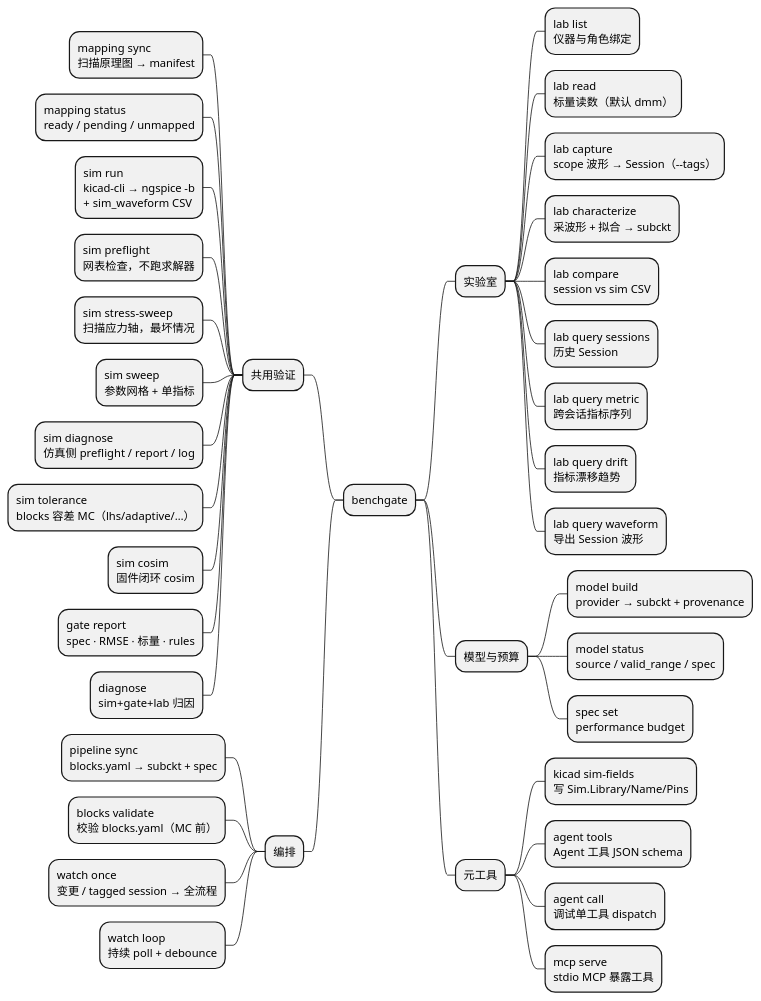
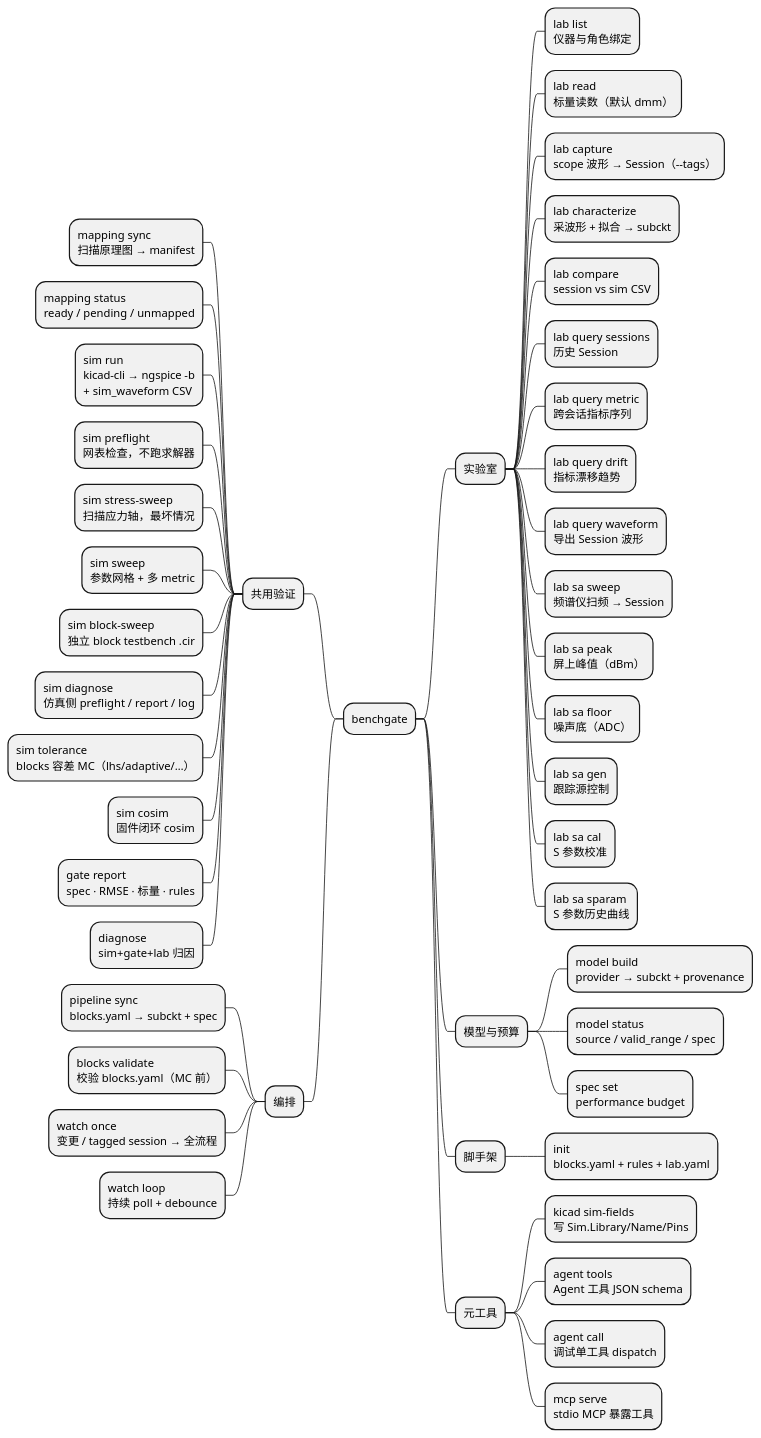
One commit to zhang1career/benchgate changed the diagram in docs/diagrams/command-tree.puml. Above: the diagram before and after it, drawn with PlantUML. The commit also changed 4 other files, not shown here.

```diff
--- a/docs/diagrams/command-tree.puml
+++ b/docs/diagrams/command-tree.puml
@@ -1,47 +1,56 @@
 @startmindmap
 ' CLI 命令树（结构索引）
 ' 逐条说明见 docs/CLI_REFERENCE.md；默认串联见 command-flow.puml
 skinparam shadowing false
 skinparam monochrome false
 
 * benchgate
 left side
 ** 共用验证
 *** mapping sync\n扫描原理图 → manifest
 *** mapping status\nready / pending / unmapped
 *** sim run\nkicad-cli → ngspice -b\n+ sim_waveform CSV
 *** sim preflight\n网表检查，不跑求解器
 *** sim stress-sweep\n扫描应力轴，最坏情况
-*** sim sweep\n参数网格 + 单指标
+*** sim sweep\n参数网格 + 多 metric
+*** sim block-sweep\n独立 block testbench .cir
 *** sim diagnose\n仿真侧 preflight / report / log
 *** sim tolerance\nblocks 容差 MC（lhs/adaptive/…）
 *** sim cosim\n固件闭环 cosim
 *** gate report\nspec · RMSE · 标量 · rules
 *** diagnose\nsim+gate+lab 归因
 ** 编排
 *** pipeline sync\nblocks.yaml → subckt + spec
 *** blocks validate\n校验 blocks.yaml（MC 前）
 *** watch once\n变更 / tagged session → 全流程
 *** watch loop\n持续 poll + debounce
 right side
 ** 实验室
 *** lab list\n仪器与角色绑定
 *** lab read\n标量读数（默认 dmm）
 *** lab capture\nscope 波形 → Session（--tags）
 *** lab characterize\n采波形 + 拟合 → subckt
 *** lab compare\nsession vs sim CSV
 *** lab query sessions\n历史 Session
 *** lab query metric\n跨会话指标序列
 *** lab query drift\n指标漂移趋势
 *** lab query waveform\n导出 Session 波形
+*** lab sa sweep\n频谱仪扫频 → Session
+*** lab sa peak\n屏上峰值（dBm）
+*** lab sa floor\n噪声底（ADC）
+*** lab sa gen\n跟踪源控制
+*** lab sa cal\nS 参数校准
+*** lab sa sparam\nS 参数历史曲线
 ** 模型与预算
 *** model build\nprovider → subckt + provenance
 *** model status\nsource / valid_range / spec
 *** spec set\nperformance budget
+** 脚手架
+*** init\nblocks.yaml + rules + lab.yaml
 ** 元工具
 *** kicad sim-fields\n写 Sim.Library/Name/Pins
 *** agent tools\nAgent 工具 JSON schema
 *** agent call\n调试单工具 dispatch
 *** mcp serve\nstdio MCP 暴露工具
 
 @endmindmap
```
